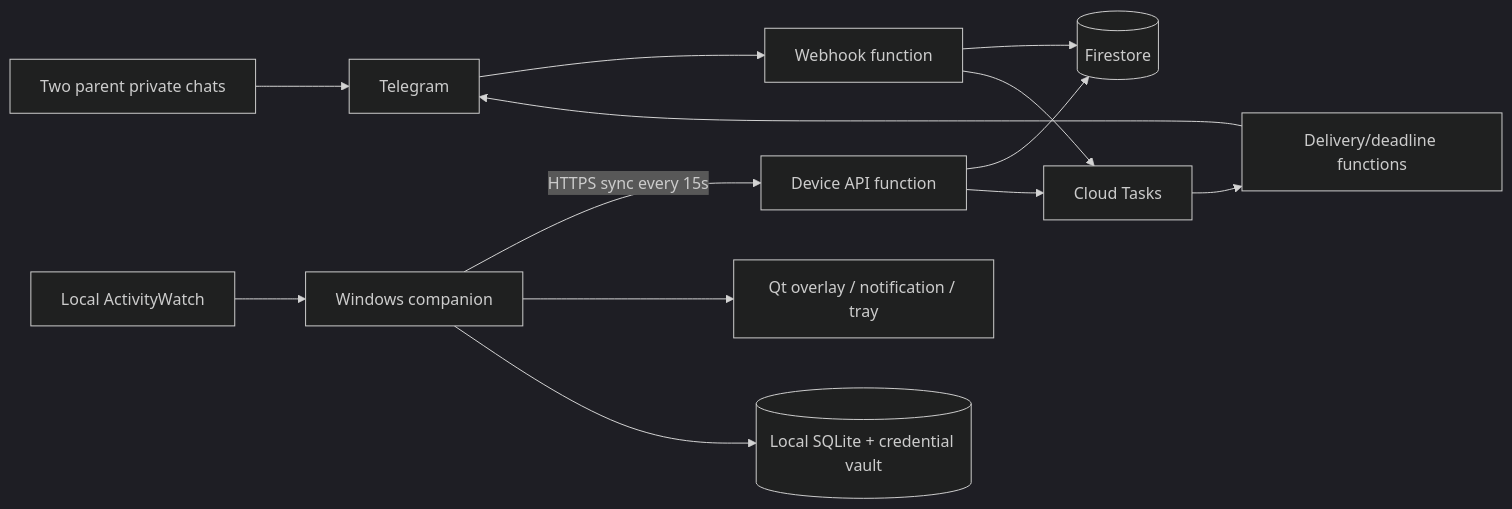
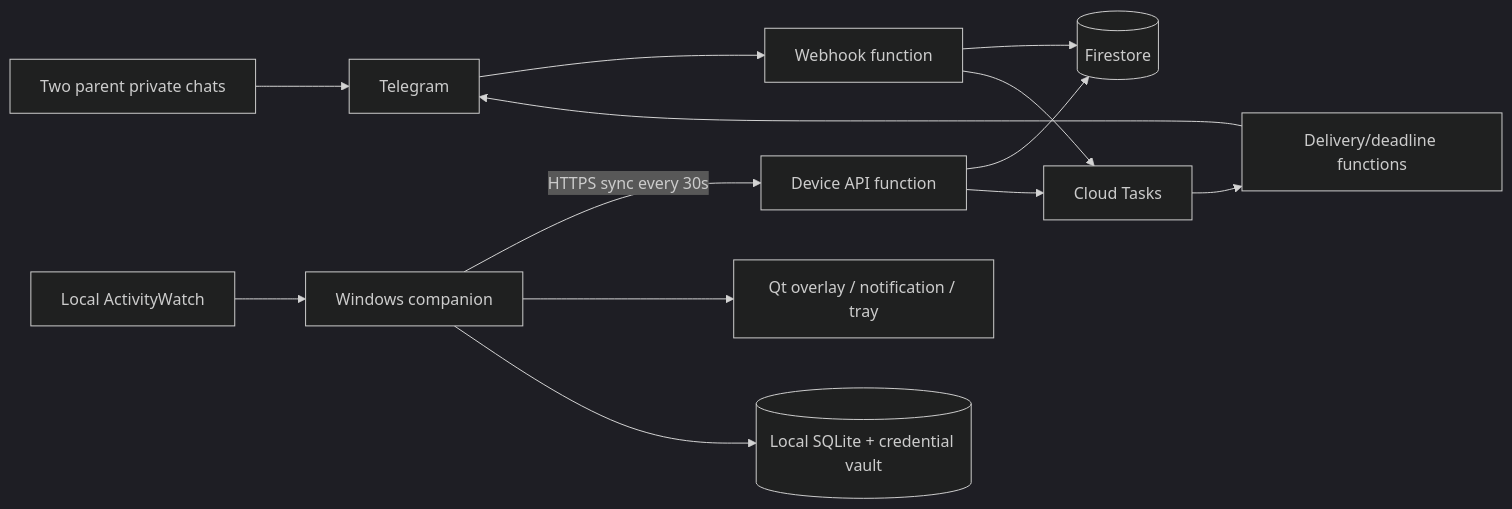
One commit to alexandersokol/aw-telegram changed the diagram in docs/technical-design.md. Above: the diagram before and after it, drawn with Mermaid (dark theme). The commit also changed other lines of this file and 5 other files, not shown here.

````diff
--- a/docs/technical-design.md
+++ b/docs/technical-design.md
@@ -54,15 +54,15 @@
 ```mermaid
 flowchart LR
   P[Two parent private chats] --> T[Telegram]
   T --> W[Webhook function]
   W --> F[(Firestore)]
   W --> Q[Cloud Tasks]
   Q --> D[Delivery/deadline functions]
   D --> T
-  C[Windows companion] -->|HTTPS sync every 15s| A[Device API function]
+  C[Windows companion] -->|HTTPS sync every 30s| A[Device API function]
   A --> F
   A --> Q
   AW[Local ActivityWatch] --> C
   C --> U[Qt overlay / notification / tray]
   C --> S[(Local SQLite + credential vault)]
 ```
````
